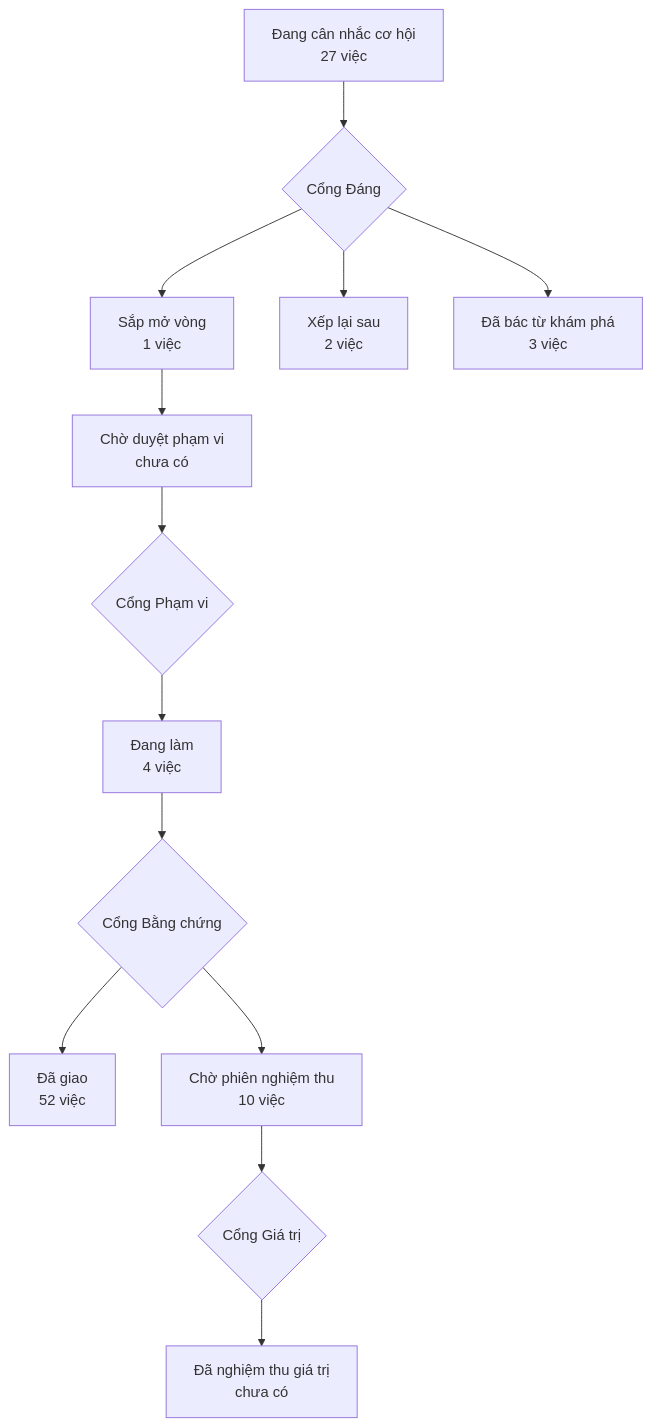
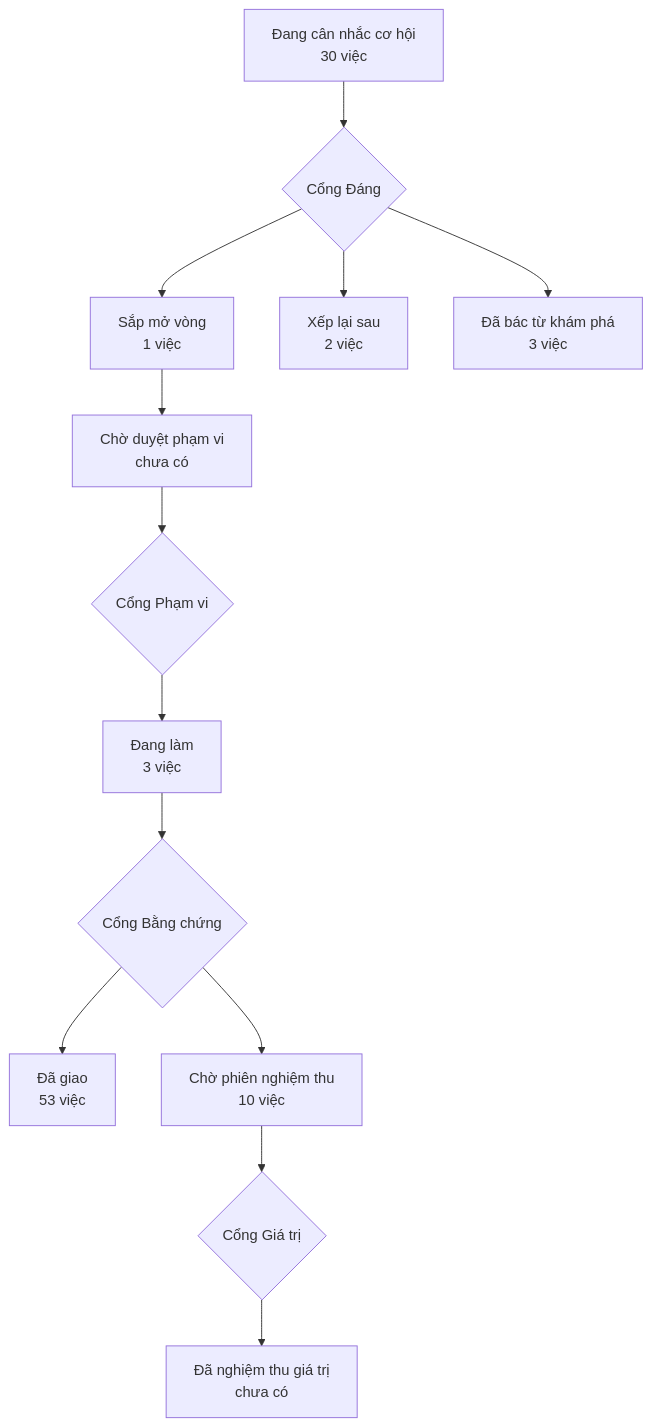
The diagram in PRODUCT-MAP.md (phanlemanh/acceptance-gate-kit), drawn with Mermaid before and after one commit. The commit also changed other lines of this file and 7 other files, not shown here.

````diff
--- a/PRODUCT-MAP.md
+++ b/PRODUCT-MAP.md
@@ -6,12 +6,12 @@
 ```mermaid
 flowchart TD
-  A["Đang cân nhắc cơ hội<br/>27 việc"] --> GD{"Cổng Đáng"}
+  A["Đang cân nhắc cơ hội<br/>30 việc"] --> GD{"Cổng Đáng"}
   GD --> B["Sắp mở vòng<br/>1 việc"]
   GD --> XL["Xếp lại sau<br/>2 việc"]
   GD --> DB["Đã bác từ khám phá<br/>3 việc"]
   B --> CD["Chờ duyệt phạm vi<br/>chưa có"] --> GP{"Cổng Phạm vi"}
-  GP --> DL["Đang làm<br/>4 việc"] --> GB{"Cổng Bằng chứng"}
-  GB --> DG["Đã giao<br/>52 việc"]
+  GP --> DL["Đang làm<br/>3 việc"] --> GB{"Cổng Bằng chứng"}
+  GB --> DG["Đã giao<br/>53 việc"]
   GB --> CN["Chờ phiên nghiệm thu<br/>10 việc"] --> GG{"Cổng Giá trị"}
   GG --> NT["Đã nghiệm thu giá trị<br/>chưa có"]
 ```
````
